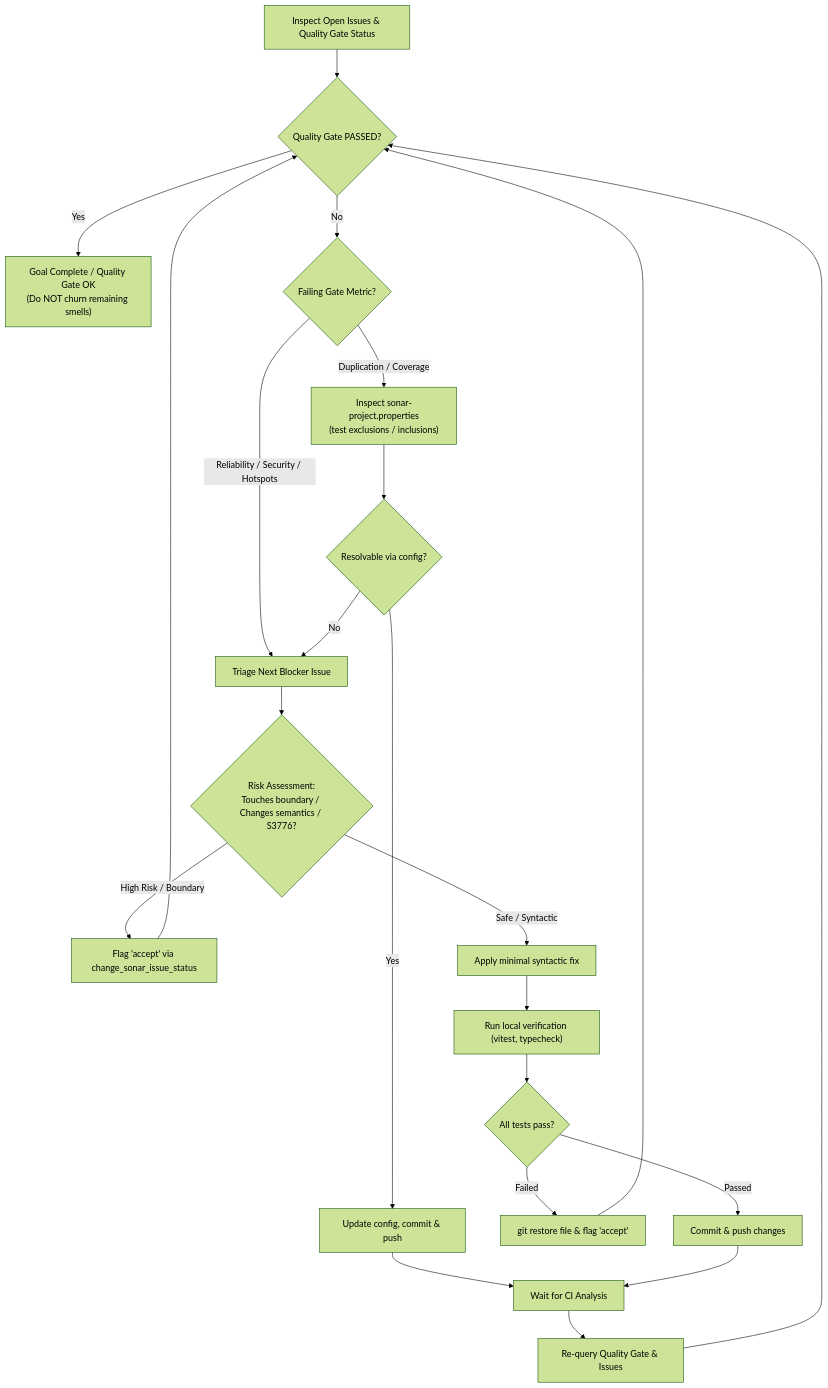
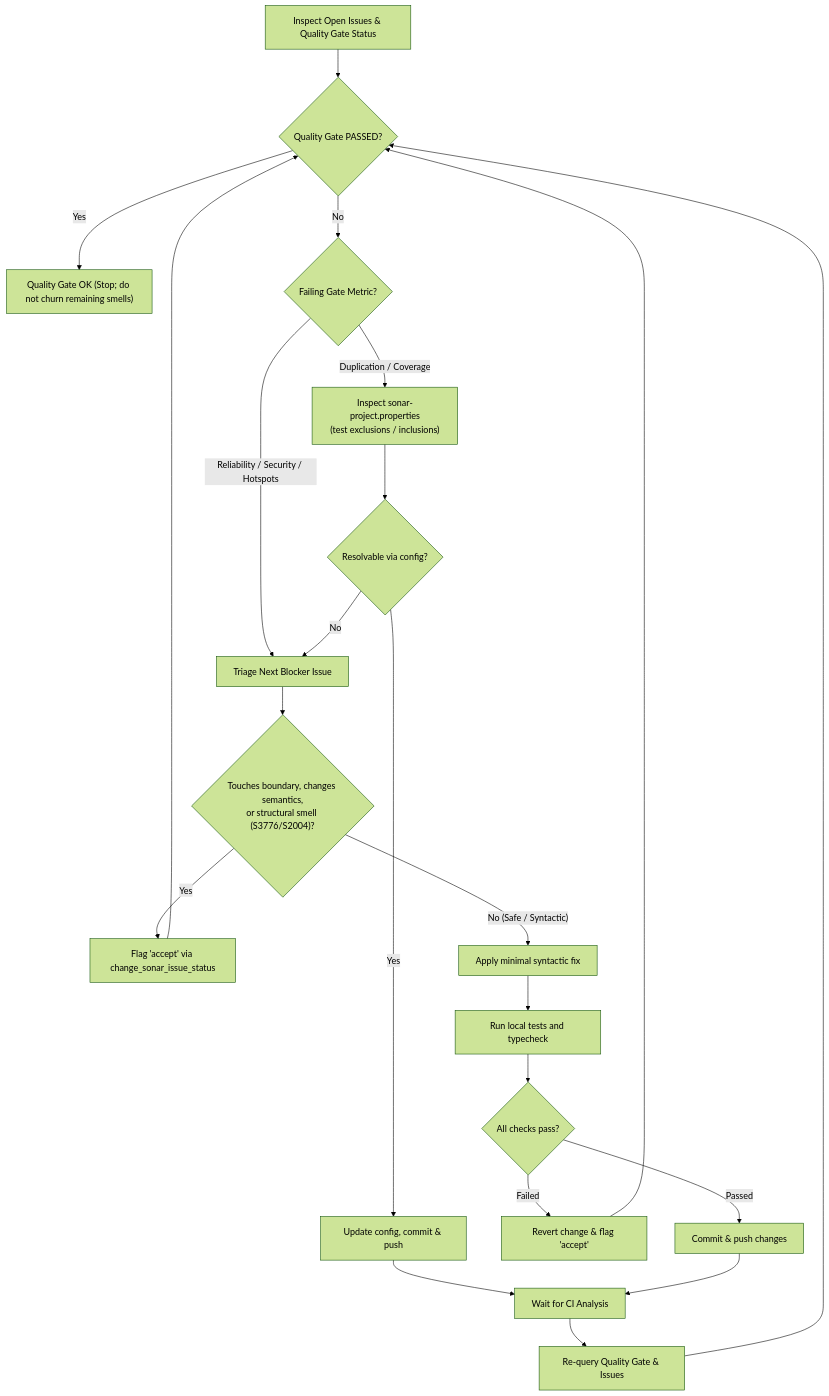
Before and after one commit to loerei/myskills: the diagram in quality/sonar-remediation/SKILL.md, drawn with Mermaid (forest theme). The commit also changed other lines of this file and 1 other file, not shown here.

Commit message:
docs(sonar-remediation): convert matrices to 2-col, fix script/skill refs, generalize example

````diff
--- a/quality/sonar-remediation/SKILL.md
+++ b/quality/sonar-remediation/SKILL.md
@@ -53,19 +45,19 @@
 ```mermaid
 flowchart TD
     InspectIssues["Inspect Open Issues & Quality Gate Status"] --> CheckGate{"Quality Gate PASSED?"}
-    CheckGate -->|"Yes"| Done["Goal Complete / Quality Gate OK<br/>(Do NOT churn remaining smells)"]
+    CheckGate -->|"Yes"| Done["Quality Gate OK (Stop; do not churn remaining smells)"]
     CheckGate -->|"No"| CheckMetric{"Failing Gate Metric?"}
     CheckMetric -->|"Duplication / Coverage"| CheckConfig["Inspect sonar-project.properties<br/>(test exclusions / inclusions)"]
     CheckMetric -->|"Reliability / Security / Hotspots"| TriageIssue["Triage Next Blocker Issue"]
     CheckConfig --> ConfigFix{"Resolvable via config?"}
     ConfigFix -->|"Yes"| ApplyConfig["Update config, commit & push"] --> WaitCI["Wait for CI Analysis"]
     ConfigFix -->|"No"| TriageIssue
-    TriageIssue --> RiskEval{"Risk Assessment:<br/>Touches boundary / Changes semantics / S3776?"}
-    RiskEval -->|"High Risk / Boundary"| FlagAccept["Flag 'accept' via change_sonar_issue_status"] --> CheckGate
-    RiskEval -->|"Safe / Syntactic"| ApplyFix["Apply minimal syntactic fix"]
-    ApplyFix --> RunTests["Run local verification (vitest, typecheck)"]
-    RunTests --> TestResult{"All tests pass?"}
-    TestResult -->|"Failed"| Rollback["git restore file & flag 'accept'"] --> CheckGate
+    TriageIssue --> RiskEval{"Touches boundary, changes semantics,<br/>or structural smell (S3776/S2004)?"}
+    RiskEval -->|"Yes"| FlagAccept["Flag 'accept' via change_sonar_issue_status"] --> CheckGate
+    RiskEval -->|"No (Safe / Syntactic)"| ApplyFix["Apply minimal syntactic fix"]
+    ApplyFix --> RunTests["Run local tests and typecheck"]
+    RunTests --> TestResult{"All checks pass?"}
+    TestResult -->|"Failed"| Rollback["Revert change & flag 'accept'"] --> CheckGate
     TestResult -->|"Passed"| CommitPush["Commit & push changes"] --> WaitCI
     WaitCI --> ReQuery["Re-query Quality Gate & Issues"] --> CheckGate
 ```
````
